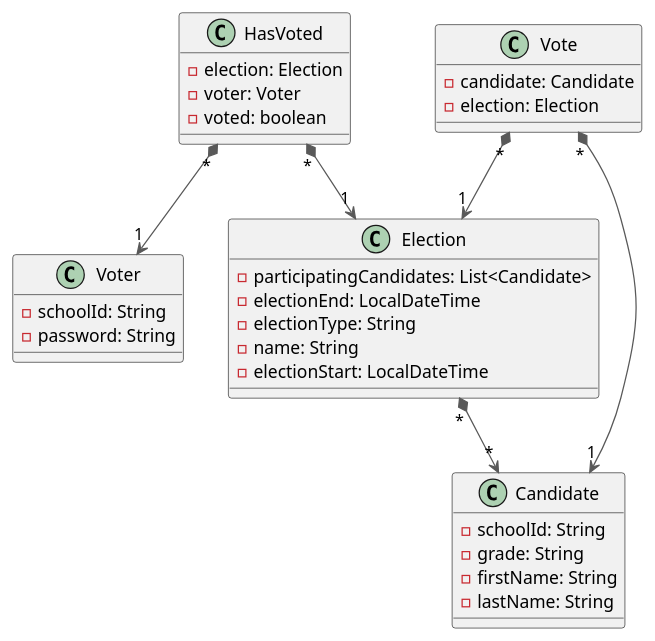
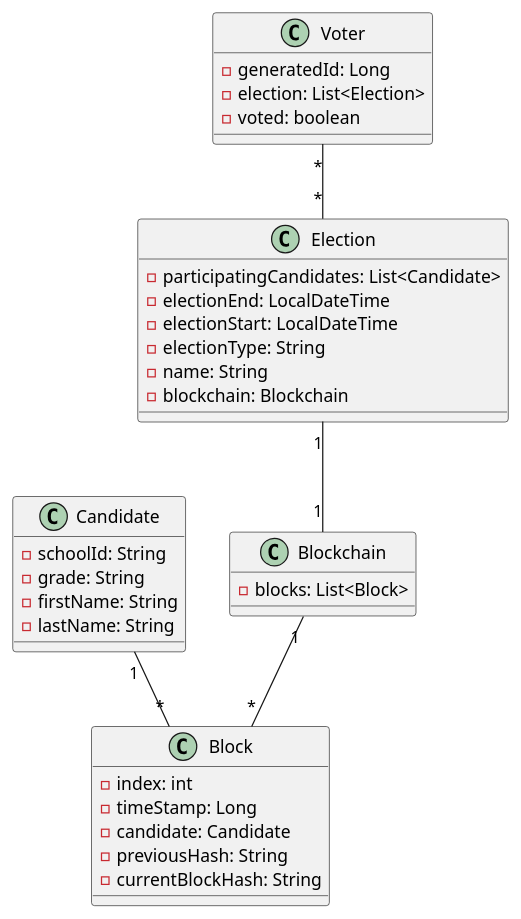
The diagram in asciidocs/docs/plantuml/cld.puml (2324-4bhif-syp/2324-4bhif-syp-project-leovote), drawn with PlantUML before and after one commit. The commit also changed 1 other file, not shown here.

```diff
--- a/asciidocs/docs/plantuml/cld.puml
+++ b/asciidocs/docs/plantuml/cld.puml
@@ -1,37 +1,43 @@
 @startuml
 
 top to bottom direction
 
 class Candidate {
   - schoolId: String
   - grade: String
   - firstName: String
   - lastName: String
 }
+
+class Block {
+    - index: int
+    - timeStamp: Long
+    - candidate: Candidate
+    - previousHash: String
+    - currentBlockHash: String
+}
+
+class Blockchain {
+    - blocks: List<Block>
+}
+
 class Election {
   - participatingCandidates: List<Candidate>
   - electionEnd: LocalDateTime
+  - electionStart: LocalDateTime
   - electionType: String
   - name: String
-  - electionStart: LocalDateTime
+  - blockchain: Blockchain
 }
-class HasVoted {
-  - election: Election
-  - voter: Voter
+
+class Voter {
+  - generatedId: Long
+  - election: List<Election>
   - voted: boolean
 }
-class Vote {
-  - candidate: Candidate
-  - election: Election
-}
-class Voter {
-  - schoolId: String
-  - password: String
-}
 
-Election  "*" *-[#595959,plain]-> "*" Candidate
-HasVoted  "*" *-[#595959,plain]-> "1" Election
-HasVoted  "*" *-[#595959,plain]-> "1" Voter
-Vote      "*" *-[#595959,plain]-> "1" Candidate
-Vote      "*" *-[#595959,plain]-> "1" Election
+Election "1"--"1" Blockchain
+Blockchain "1"--"*" Block
+Candidate "1"--"*" Block
+Voter "*"--"*" Election
 @enduml
```
